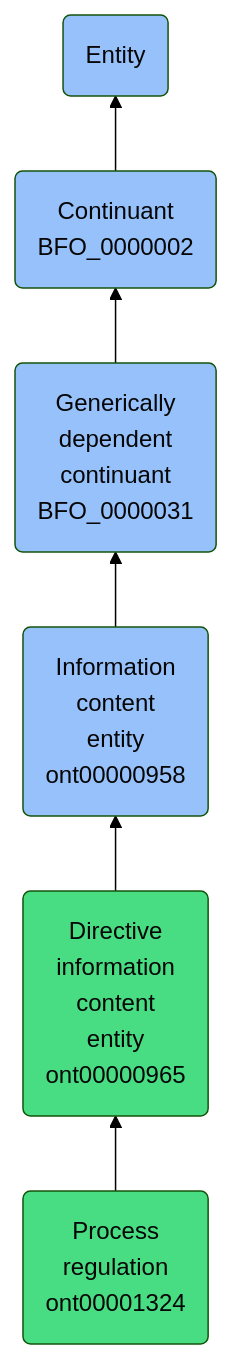
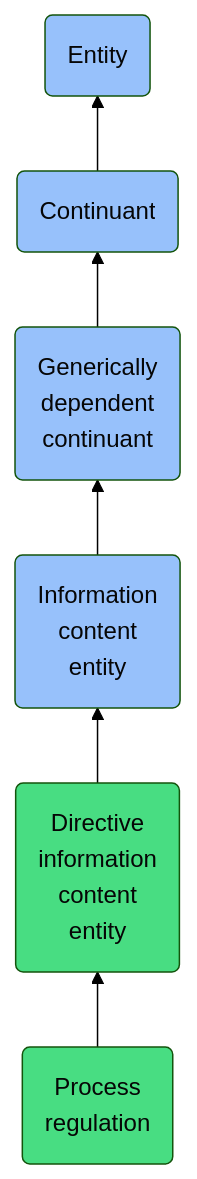
One commit to jupyter-naas/abi changed the diagram in docs/ontology/reference/model/Entity/Continuant/Generically dependent continuant/Information content entity/Directive information content entity/Process regulation/Process regulation.md. Above: the diagram before and after it, drawn with Mermaid (forest theme). The commit also changed other lines of this file and 1430 other files, not shown here.

````diff
--- a/docs/ontology/reference/model/Entity/Continuant/Generically dependent continuant/Information content entity/Directive information content entity/Process regulation/Process regulation.md
+++ b/docs/ontology/reference/model/Entity/Continuant/Generically dependent continuant/Information content entity/Directive information content entity/Process regulation/Process regulation.md
@@ -24,13 +24,13 @@
 ```mermaid
 graph BT
-    ont00001324(Process<br>regulation<br>ont00001324):::ABI-->ont00000965
-    ont00000965(Directive<br>information<br>content<br>entity<br>ont00000965):::ABI-->ont00000958
-    ont00000958(Information<br>content<br>entity<br>ont00000958):::BFO-->BFO_0000031
-    BFO_0000031(Generically<br>dependent<br>continuant<br>BFO_0000031):::BFO-->BFO_0000002
-    BFO_0000002(Continuant<br>BFO_0000002):::BFO-->BFO_0000001
+    ont00001324(Process<br>regulation):::ABI-->ont00000965
+    ont00000965(Directive<br>information<br>content<br>entity):::ABI-->ont00000958
+    ont00000958(Information<br>content<br>entity):::BFO-->BFO_0000031
+    BFO_0000031(Generically<br>dependent<br>continuant):::BFO-->BFO_0000002
+    BFO_0000002(Continuant):::BFO-->BFO_0000001
     BFO_0000001(Entity):::BFO
     
     classDef BFO fill:#97c1fb,color:#060606
     classDef CCO fill:#e4c51e,color:#060606
     classDef ABI fill:#48DD82,color:#060606
 ```
````
